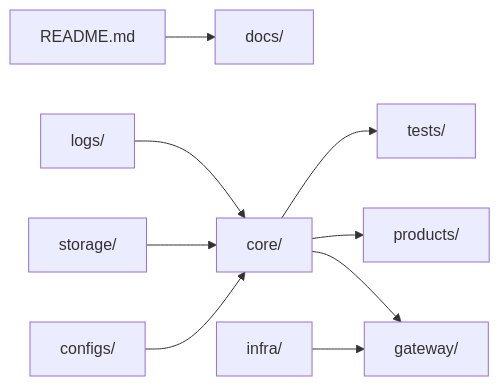
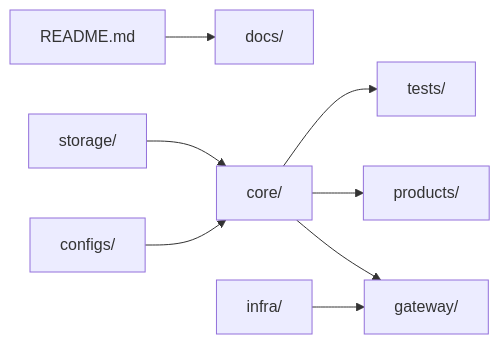
Before and after one commit to chethanp11/master: the first of 7 diagrams in docs/component_details.md, drawn with Mermaid. The commit also changed other lines of this file and 71 other files, not shown here.

````diff
--- a/docs/component_details.md
+++ b/docs/component_details.md
@@ -27,11 +25,10 @@
 ```mermaid
 flowchart LR
   README[README.md] --> DOCS[docs/]
   CONFIGS[configs/] --> CORE[core/]
   CORE --> GATEWAY[gateway/]
   CORE --> PRODUCTS[products/]
   CORE --> TESTS[tests/]
   INFRA[infra/] --> GATEWAY
   STORAGE[storage/] --> CORE
-  LOGS[logs/] --> CORE
 ```
````
